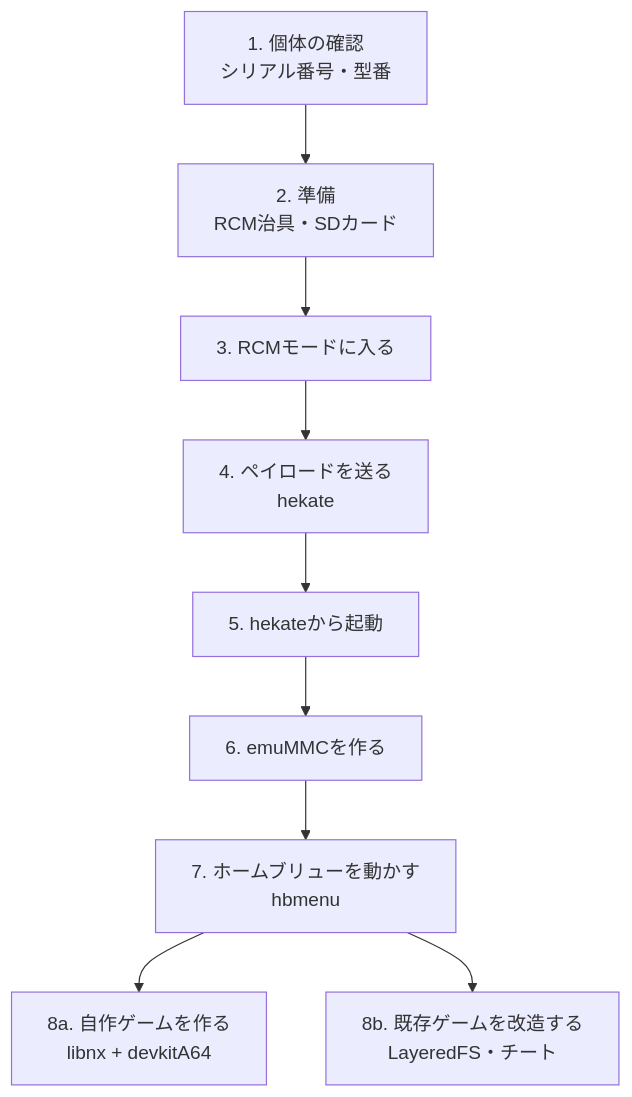
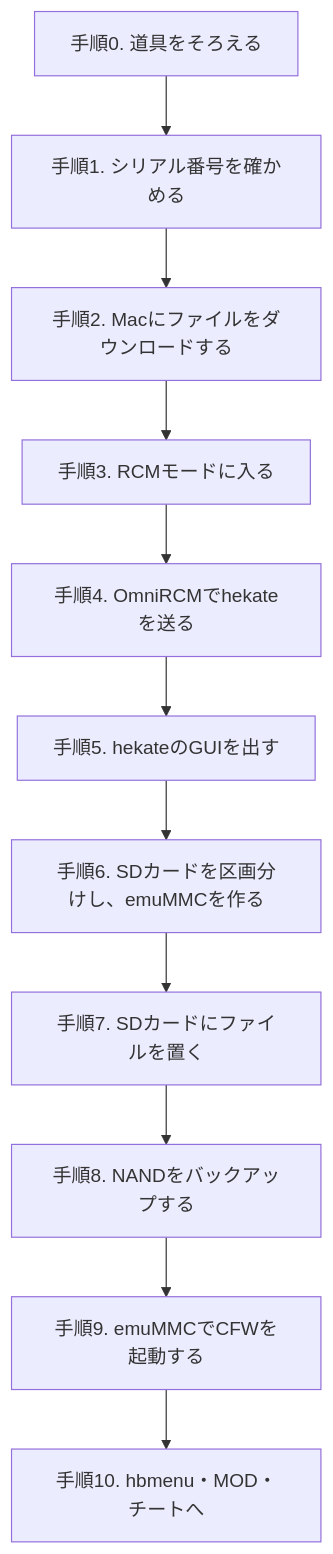
The diagram in articles/25-switch-cfw.md (kiwamizamurai/gaming), drawn with Mermaid before and after one commit. The commit also changed other lines of this file and 18 other files, not shown here.

````diff
--- a/articles/25-switch-cfw.md
+++ b/articles/25-switch-cfw.md
@@ -9,11 +23,13 @@
 ```mermaid
 flowchart TD
-  A[1. 個体の確認<br>シリアル番号・型番] --> B[2. 準備<br>RCM治具・SDカード]
-  B --> C[3. RCMモードに入る]
-  C --> D[4. ペイロードを送る<br>hekate]
-  D --> E[5. hekateから起動]
-  E --> F[6. emuMMCを作る]
-  F --> G[7. ホームブリューを動かす<br>hbmenu]
-  G --> H1[8a. 自作ゲームを作る<br>libnx + devkitA64]
-  G --> H2[8b. 既存ゲームを改造する<br>LayeredFS・チート]
+  S0[手順0. 道具をそろえる] --> S1[手順1. シリアル番号を確かめる]
+  S1 --> S2[手順2. Macにファイルをダウンロードする]
+  S2 --> S3[手順3. RCMモードに入る]
+  S3 --> S4[手順4. OmniRCMでhekateを送る]
+  S4 --> S5[手順5. hekateのGUIを出す]
+  S5 --> S6[手順6. SDカードを区画分けし、emuMMCを作る]
+  S6 --> S7[手順7. SDカードにファイルを置く]
+  S7 --> S8[手順8. NANDをバックアップする]
+  S8 --> S9[手順9. emuMMCでCFWを起動する]
+  S9 --> S10[手順10. hbmenu・MOD・チートへ]
 ```
````
